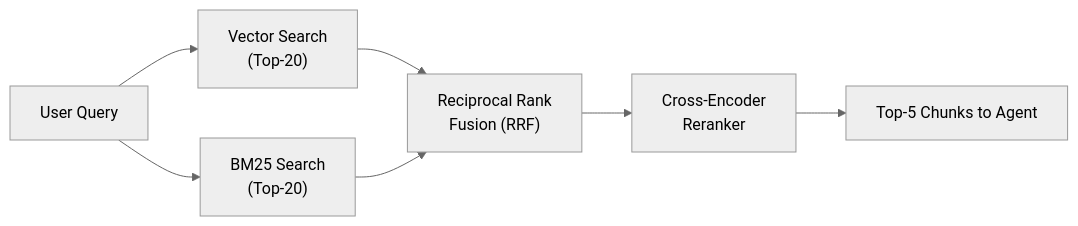
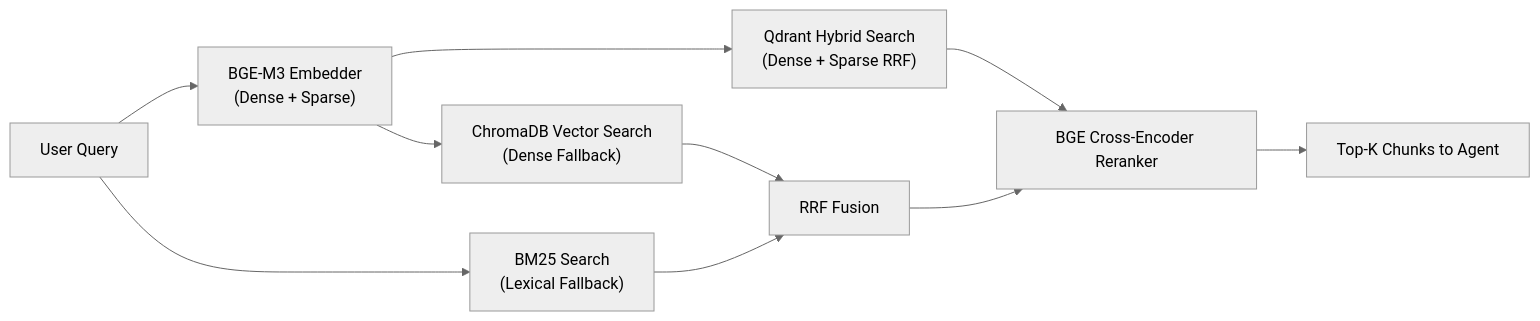
The second of 4 diagrams in README.md (BennedictQuanTon/BKAi-Admission-System), drawn with Mermaid (neutral theme) before and after one commit. The commit also changed other lines of this file, not shown here.

````diff
--- a/README.md
+++ b/README.md
@@ -172,9 +185,12 @@
 ```mermaid
 graph LR
-    Q["User Query"] --> VS["Vector Search<br/>(Top-20)"]
-    Q --> BM["BM25 Search<br/>(Top-20)"]
-    VS --> RRF["Reciprocal Rank<br/>Fusion (RRF)"]
+    Q["User Query"] --> EMB["BGE-M3 Embedder<br/>(Dense + Sparse)"]
+    EMB --> QDR["Qdrant Hybrid Search<br/>(Dense + Sparse RRF)"]
+    EMB --> CHR["ChromaDB Vector Search<br/>(Dense Fallback)"]
+    Q --> BM["BM25 Search<br/>(Lexical Fallback)"]
+    CHR --> RRF["RRF Fusion"]
     BM --> RRF
-    RRF --> RE["Cross-Encoder<br/>Reranker"]
-    RE --> TOP5["Top-5 Chunks to Agent"]
+    QDR --> RER["BGE Cross-Encoder Reranker"]
+    RRF --> RER
+    RER --> TOP["Top-K Chunks to Agent"]
 ```
````
